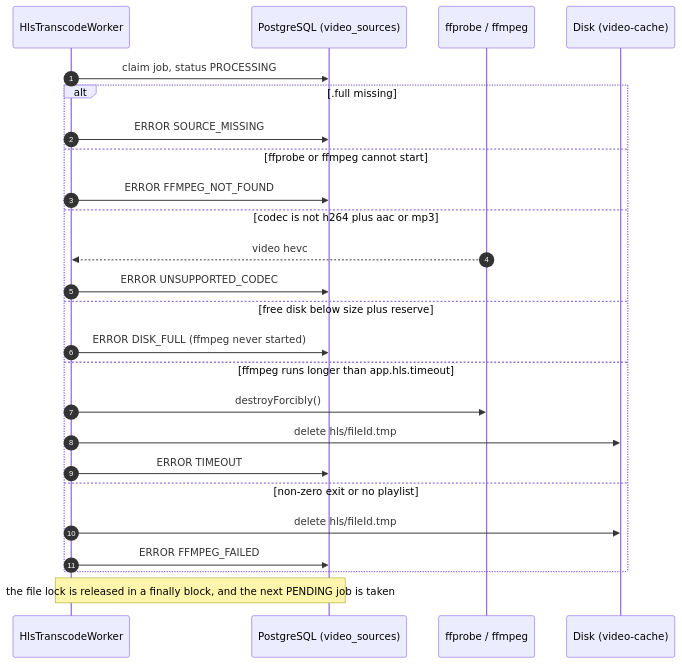
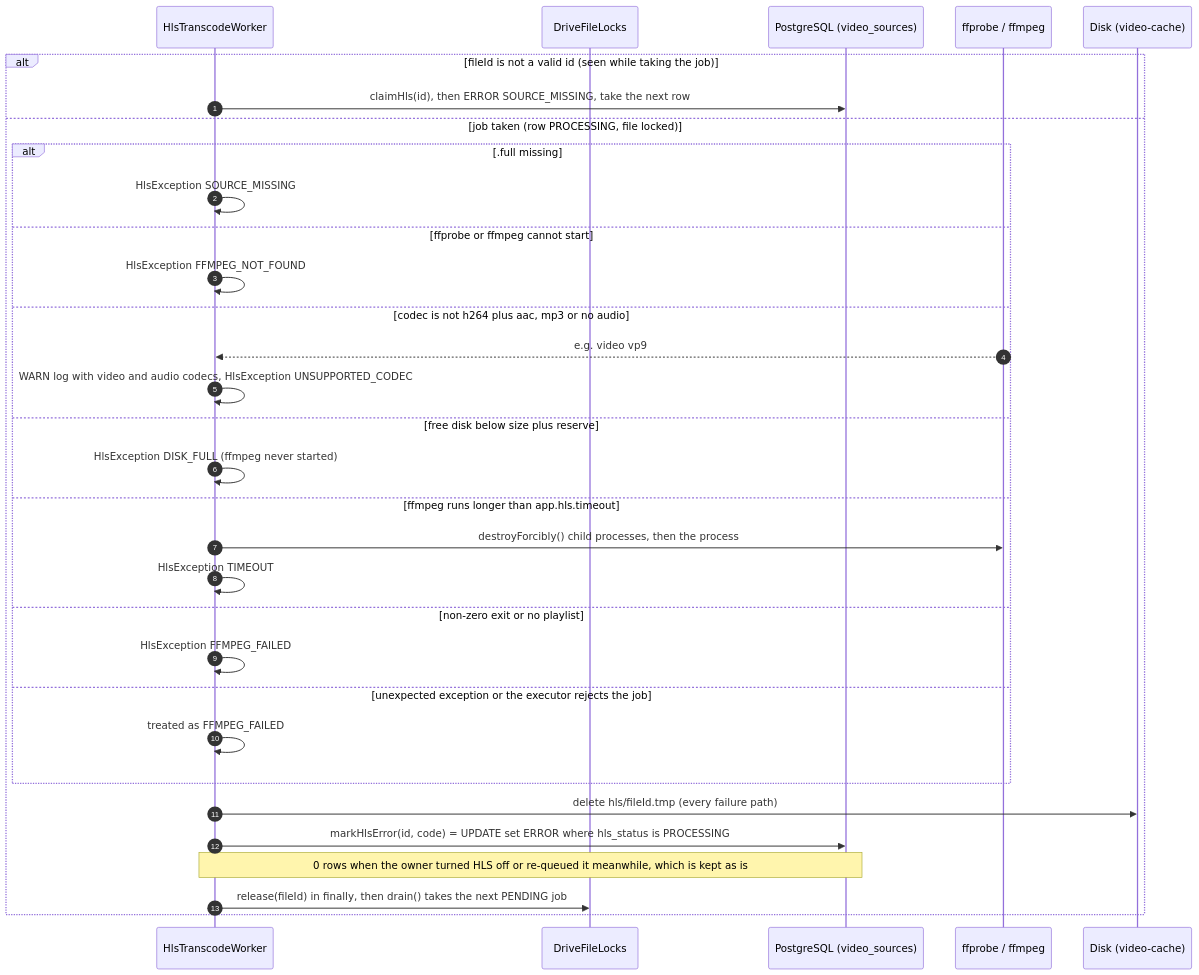
One commit to nguyenhuuca/assessment changed the second of 6 diagrams in docs/sequence/sequence-hls-streaming.md. Above: the diagram before and after it, drawn with Mermaid. The commit also changed other lines of this file, not shown here.

First line of the commit message:
docs(hls): bring sequence flows 1, 2, 5 and 6 up to date with the code

````diff
--- a/docs/sequence/sequence-hls-streaming.md
+++ b/docs/sequence/sequence-hls-streaming.md
@@ -54,28 +75,35 @@
 ```mermaid
 sequenceDiagram
     autonumber
     participant W as HlsTranscodeWorker
+    participant L as DriveFileLocks
     participant DB as PostgreSQL (video_sources)
     participant FF as ffprobe / ffmpeg
     participant FS as Disk (video-cache)
 
-    W->>DB: claim job, status PROCESSING
-    alt .full missing
-        W->>DB: ERROR SOURCE_MISSING
-    else ffprobe or ffmpeg cannot start
-        W->>DB: ERROR FFMPEG_NOT_FOUND
-    else codec is not h264 plus aac or mp3
-        FF-->>W: video hevc
-        W->>DB: ERROR UNSUPPORTED_CODEC
-    else free disk below size plus reserve
-        W->>DB: ERROR DISK_FULL (ffmpeg never started)
-    else ffmpeg runs longer than app.hls.timeout
-        W->>FF: destroyForcibly()
-        W->>FS: delete hls/fileId.tmp
-        W->>DB: ERROR TIMEOUT
-    else non-zero exit or no playlist
-        W->>FS: delete hls/fileId.tmp
-        W->>DB: ERROR FFMPEG_FAILED
+    alt fileId is not a valid id (seen while taking the job)
+        W->>DB: claimHls(id), then ERROR SOURCE_MISSING, take the next row
+    else job taken (row PROCESSING, file locked)
+        alt .full missing
+            W->>W: HlsException SOURCE_MISSING
+        else ffprobe or ffmpeg cannot start
+            W->>W: HlsException FFMPEG_NOT_FOUND
+        else codec is not h264 plus aac, mp3 or no audio
+            FF-->>W: e.g. video vp9
+            W->>W: WARN log with video and audio codecs, HlsException UNSUPPORTED_CODEC
+        else free disk below size plus reserve
+            W->>W: HlsException DISK_FULL (ffmpeg never started)
+        else ffmpeg runs longer than app.hls.timeout
+            W->>FF: destroyForcibly() child processes, then the process
+            W->>W: HlsException TIMEOUT
+        else non-zero exit or no playlist
+            W->>W: HlsException FFMPEG_FAILED
+        else unexpected exception or the executor rejects the job
+            W->>W: treated as FFMPEG_FAILED
+        end
+        W->>FS: delete hls/fileId.tmp (every failure path)
+        W->>DB: markHlsError(id, code) = UPDATE set ERROR where hls_status is PROCESSING
+        Note over W,DB: 0 rows when the owner turned HLS off or re-queued it meanwhile, which is kept as is
+        W->>L: release(fileId) in finally, then drain() takes the next PENDING job
     end
-    Note over W,DB: the file lock is released in a finally block, and the next PENDING job is taken
 ```
````
